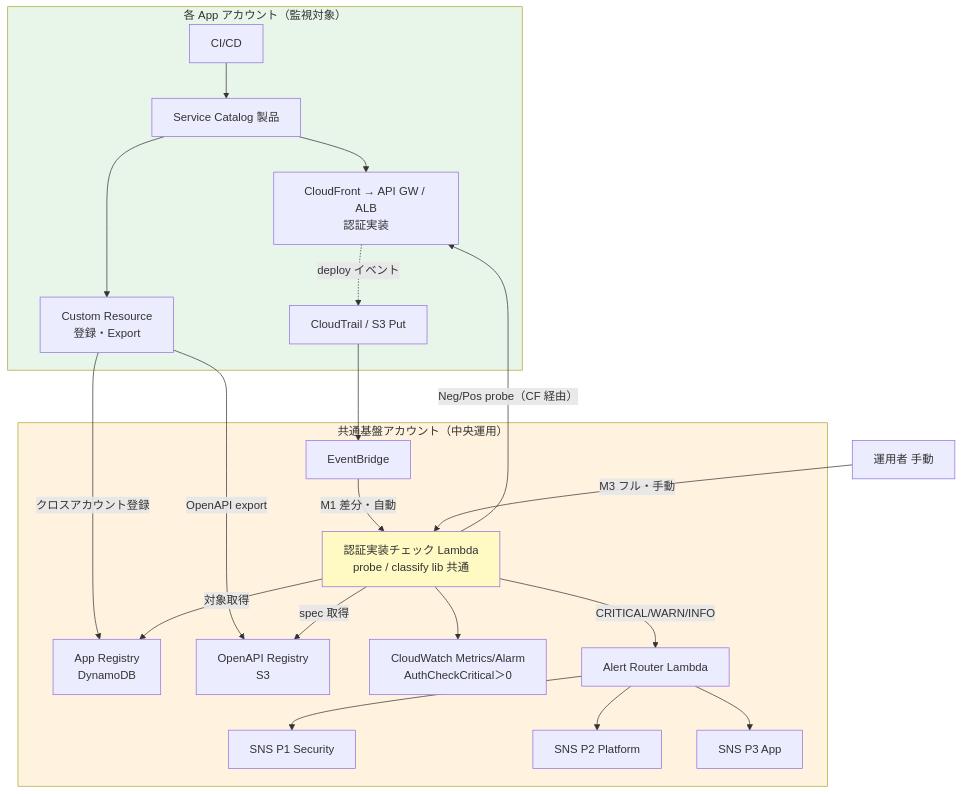
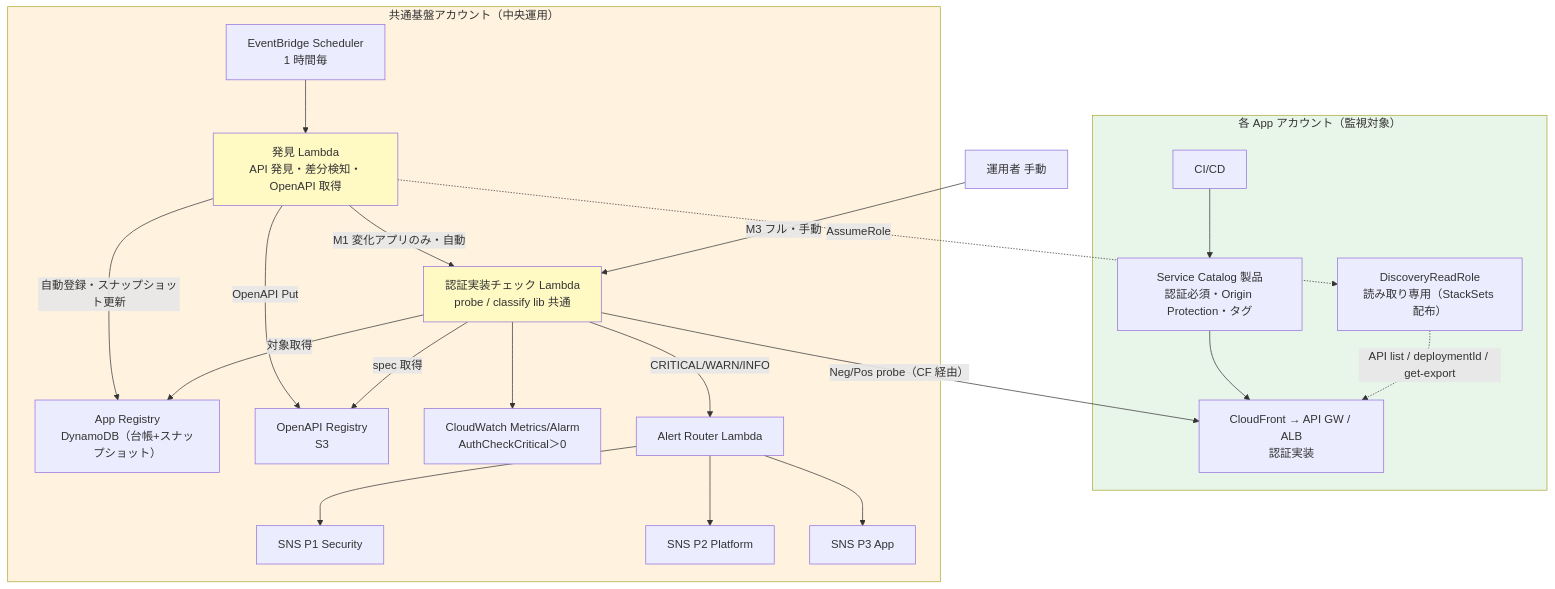
One commit to suepie/aws-atuh-poc changed the second of 4 diagrams in doc/api-platform/basic-design/10-external-monitoring-overview.md. Above: the diagram before and after it, drawn with Mermaid. The commit also changed other lines of this file and 12 other files, not shown here.

````diff
--- a/doc/api-platform/basic-design/10-external-monitoring-overview.md
+++ b/doc/api-platform/basic-design/10-external-monitoring-overview.md
@@ -111,39 +112,42 @@
 ```mermaid
 flowchart TB
     subgraph AppAcct["各 App アカウント（監視対象）"]
-        CICD["CI/CD"] --> SCP["Service Catalog 製品"]
+        CICD["CI/CD"] --> SCP["Service Catalog 製品<br/>認証必須・Origin Protection・タグ"]
         SCP --> EDGE["CloudFront → API GW / ALB<br/>認証実装"]
-        SCP --> CRR["Custom Resource<br/>登録・Export"]
-        EDGE -. deploy イベント .-> EVT["CloudTrail / S3 Put"]
+        ROLE["DiscoveryReadRole<br/>読み取り専用（StackSets 配布）"]
     end
 
     subgraph NetAudit["共通基盤アカウント（中央運用）"]
-        REG["App Registry<br/>DynamoDB"]
+        SCH["EventBridge Scheduler<br/>1 時間毎"]
+        DISC["発見 Lambda<br/>API 発見・差分検知・OpenAPI 取得"]
+        REG["App Registry<br/>DynamoDB（台帳+スナップショット）"]
         OAR["OpenAPI Registry<br/>S3"]
-        EB["EventBridge"]
         PROBE["認証実装チェック Lambda<br/>probe / classify lib 共通"]
         CWM["CloudWatch Metrics/Alarm<br/>AuthCheckCritical＞0"]
         ALR["Alert Router Lambda"]
         SNS1["SNS P1 Security"]
         SNS2["SNS P2 Platform"]
         SNS3["SNS P3 App"]
     end
 
     MAN["運用者 手動"]
 
-    CRR -->|クロスアカウント登録| REG
-    CRR -->|OpenAPI export| OAR
-    EVT --> EB
-    EB -->|M1 差分・自動| PROBE
+    SCH --> DISC
+    DISC -.AssumeRole.-> ROLE
+    ROLE -.API list / deploymentId / get-export.-> EDGE
+    DISC -->|自動登録・スナップショット更新| REG
+    DISC -->|OpenAPI Put| OAR
+    DISC -->|M1 変化アプリのみ・自動| PROBE
     MAN -->|M3 フル・手動| PROBE
     PROBE -->|対象取得| REG
     PROBE -->|spec 取得| OAR
     PROBE -->|Neg/Pos probe（CF 経由）| EDGE
     PROBE --> CWM
     PROBE -->|CRITICAL/WARN/INFO| ALR
     ALR --> SNS1 & SNS2 & SNS3
 
     style NetAudit fill:#fff3e0
     style AppAcct fill:#e8f5e9
     style PROBE fill:#fff9c4
+    style DISC fill:#fff9c4
 ```
````
